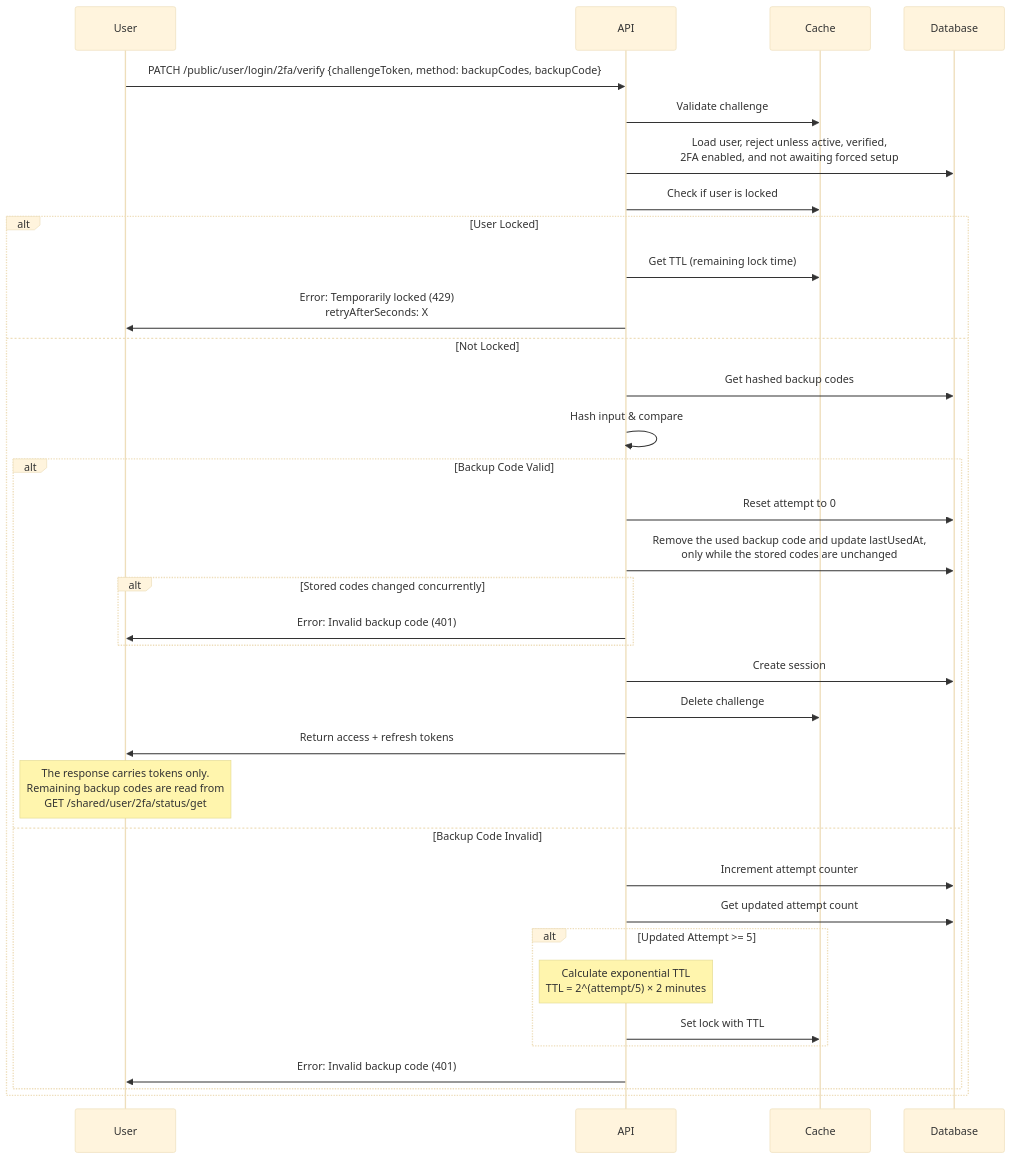
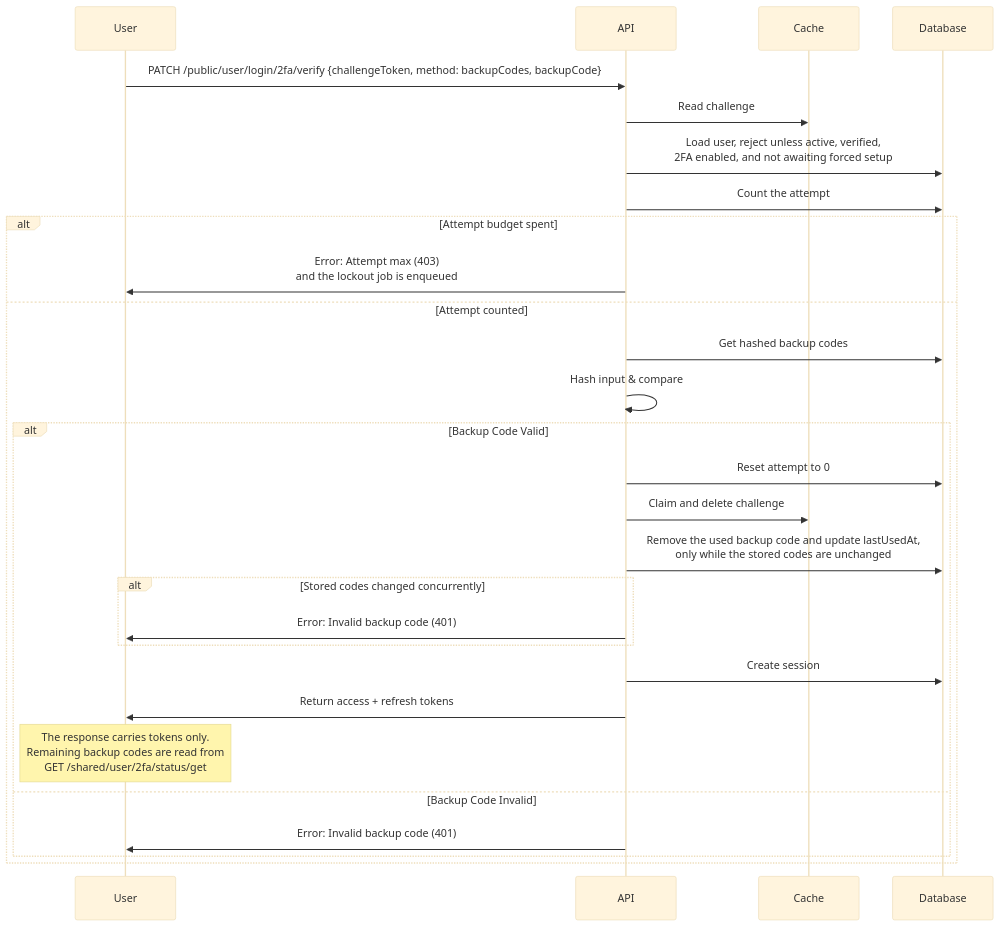
One commit to andrechristikan/ack-nestjs-boilerplate changed the fourth of 9 diagrams in docs/two-factor.md. Above: the diagram before and after it, drawn with Mermaid (base theme). The commit also changed other lines of this file and 95 other files, not shown here.

````diff
--- a/docs/two-factor.md
+++ b/docs/two-factor.md
@@ -369,38 +338,31 @@
 ```mermaid
 sequenceDiagram
     participant User
     participant API
     participant Cache
     participant Database
 
     User->>API: PATCH /public/user/login/2fa/verify {challengeToken, method: backupCodes, backupCode}
-    API->>Cache: Validate challenge
+    API->>Cache: Read challenge
     API->>Database: Load user, reject unless active, verified,<br/>2FA enabled, and not awaiting forced setup
-    API->>Cache: Check if user is locked
-    alt User Locked
-        API->>Cache: Get TTL (remaining lock time)
-        API->>User: Error: Temporarily locked (429)<br/>retryAfterSeconds: X
-    else Not Locked
+    API->>Database: Count the attempt
+    alt Attempt budget spent
+        API->>User: Error: Attempt max (403)<br/>and the lockout job is enqueued
+    else Attempt counted
         API->>Database: Get hashed backup codes
         API->>API: Hash input & compare
         alt Backup Code Valid
             API->>Database: Reset attempt to 0
+            API->>Cache: Claim and delete challenge
             API->>Database: Remove the used backup code and update lastUsedAt,<br/>only while the stored codes are unchanged
             alt Stored codes changed concurrently
                 API->>User: Error: Invalid backup code (401)
             end
             API->>Database: Create session
-            API->>Cache: Delete challenge
             API->>User: Return access + refresh tokens
             Note over User: The response carries tokens only.<br/>Remaining backup codes are read from<br/>GET /shared/user/2fa/status/get
         else Backup Code Invalid
-            API->>Database: Increment attempt counter
-            API->>Database: Get updated attempt count
-            alt Updated Attempt >= 5
-                Note over API: Calculate exponential TTL<br/>TTL = 2^(attempt/5) × 2 minutes
-                API->>Cache: Set lock with TTL
-            end
             API->>User: Error: Invalid backup code (401)
         end
     end
 ```
````
